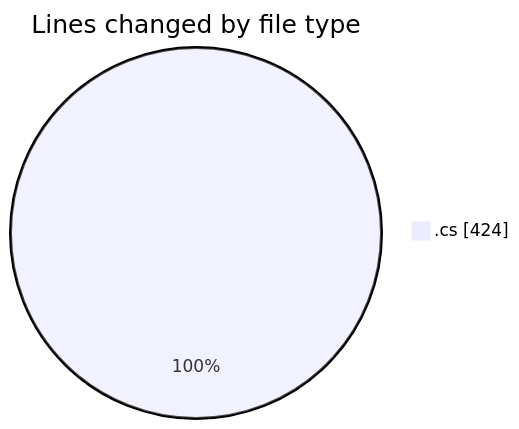
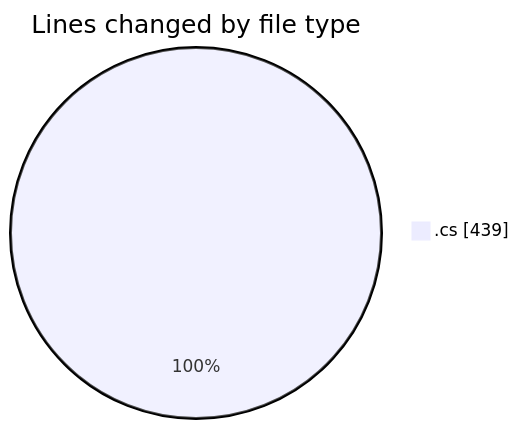
The first of 2 diagrams in 2025-04-04/back-end/README.md (Netris89/code-tracking), drawn with Mermaid before and after one commit. The commit also changed other lines of this file and 1 other file, not shown here.

````diff
--- a/2025-04-04/back-end/README.md
+++ b/2025-04-04/back-end/README.md
@@ -20,5 +20,5 @@
 ```mermaid
 pie showData
 title Lines changed by file type
-".cs" : 424
+".cs" : 439
 ```
````
